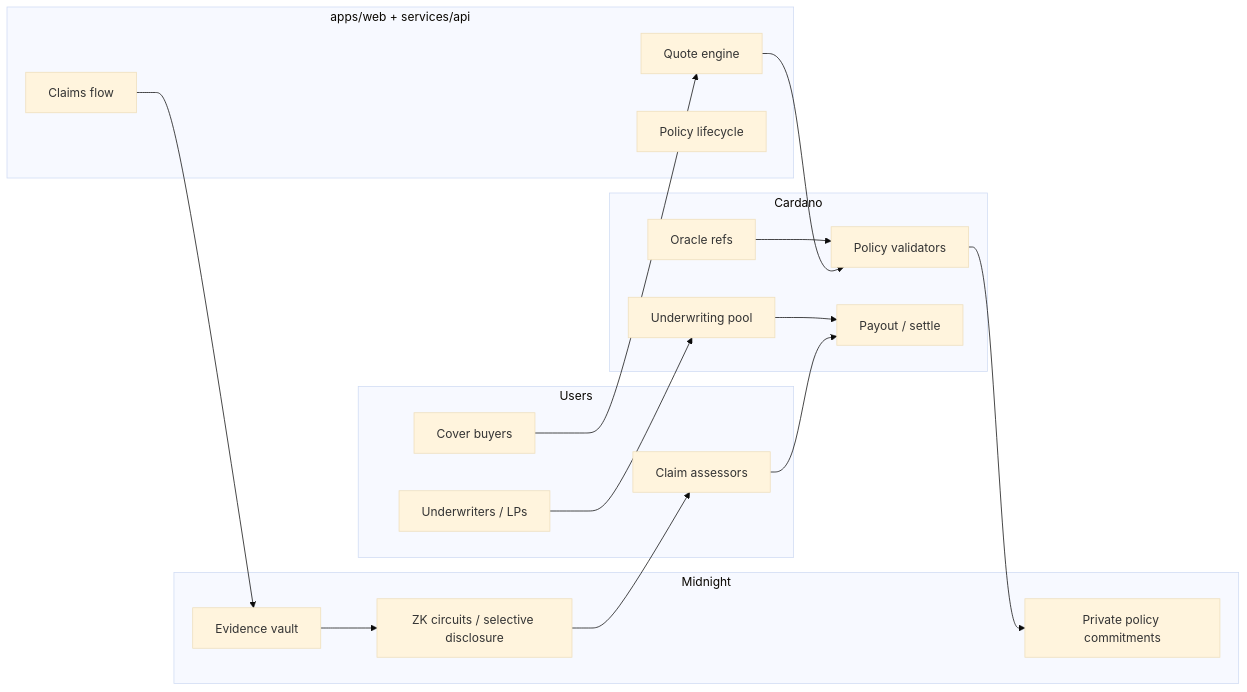
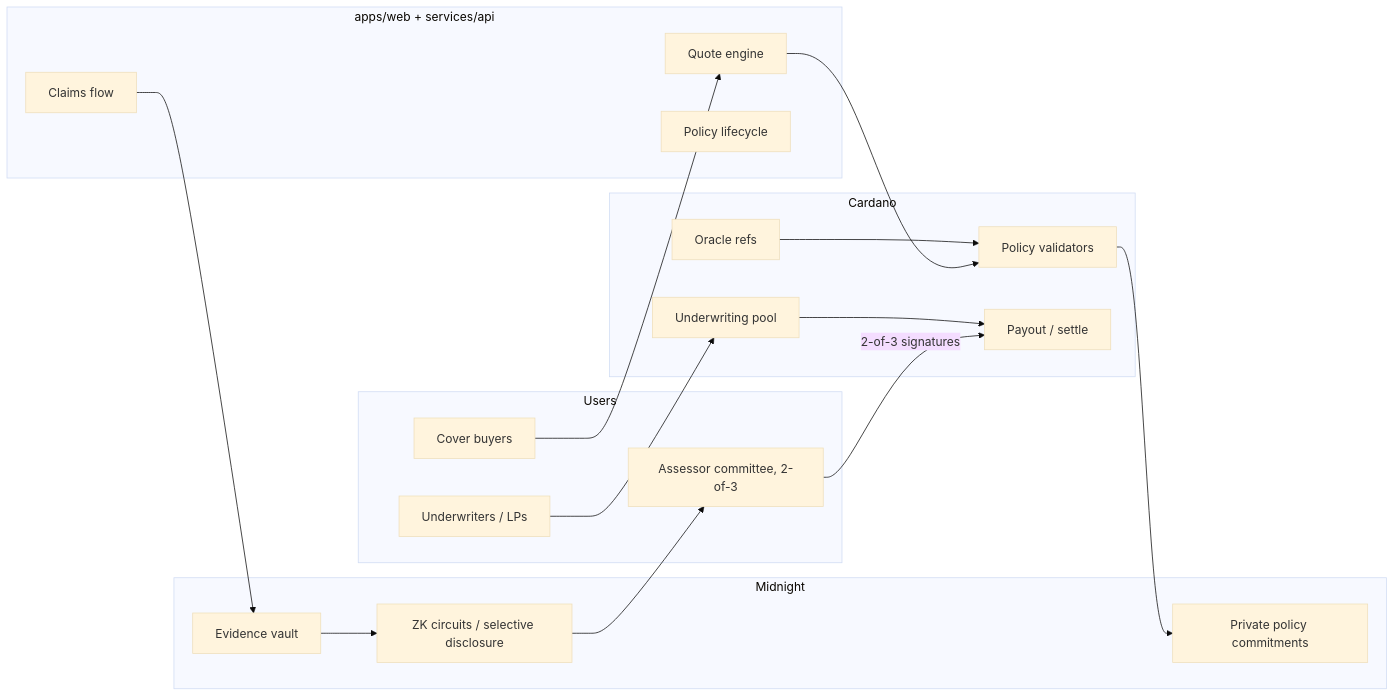
One commit to Kshot3000/PlutusShield changed the diagram in docs/ARCHITECTURE.md. Above: the diagram before and after it, drawn with Mermaid (base theme). The commit also changed other lines of this file and 28 other files, not shown here.

First line of the commit message:
Exploit cover v2: 2-of-3 assessor committee, first committee-signed payout on Preview

````diff
--- a/docs/ARCHITECTURE.md
+++ b/docs/ARCHITECTURE.md
@@ -13,38 +13,38 @@
 ```mermaid
 flowchart LR
   subgraph Users
     Buyer[Cover buyers]
     LP[Underwriters / LPs]
-    Assessor[Claim assessors]
+    Assessor[Assessor committee, 2-of-3]
   end
 
   subgraph App["apps/web + services/api"]
     Quote[Quote engine]
     Lifecycle[Policy lifecycle]
     ClaimsUX[Claims flow]
   end
 
   subgraph Cardano
     Pool[Underwriting pool]
     Policy[Policy validators]
     Payout[Payout / settle]
     Oracle[Oracle refs]
   end
 
   subgraph Midnight
     PrivPolicy[Private policy commitments]
     Evidence[Evidence vault]
     ZK[ZK circuits / selective disclosure]
   end
 
   Buyer --> Quote
   LP --> Pool
   Quote --> Policy
   Policy --> PrivPolicy
   ClaimsUX --> Evidence
   Evidence --> ZK
   ZK --> Assessor
-  Assessor --> Payout
+  Assessor -->|2-of-3 signatures| Payout
   Oracle --> Policy
   Pool --> Payout
 ```
````
